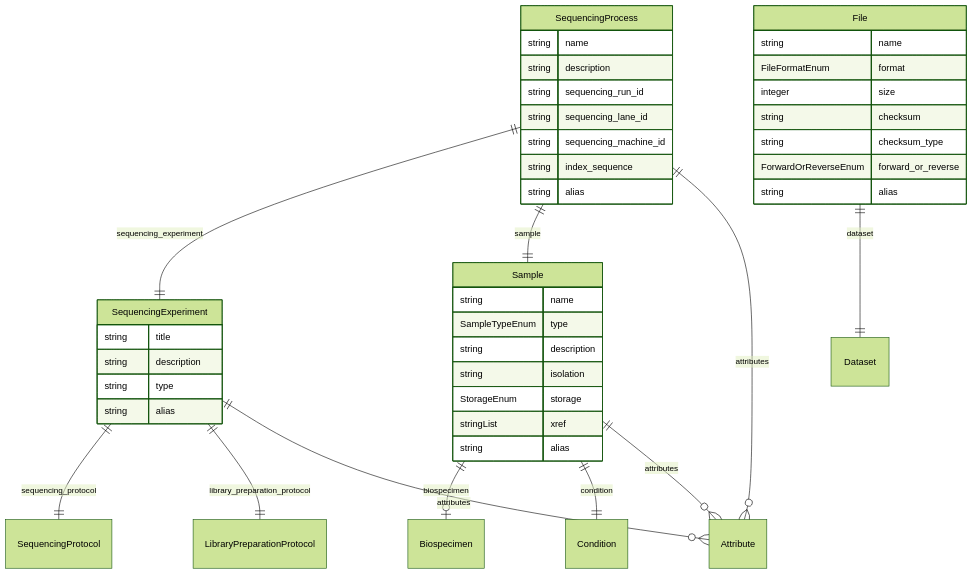
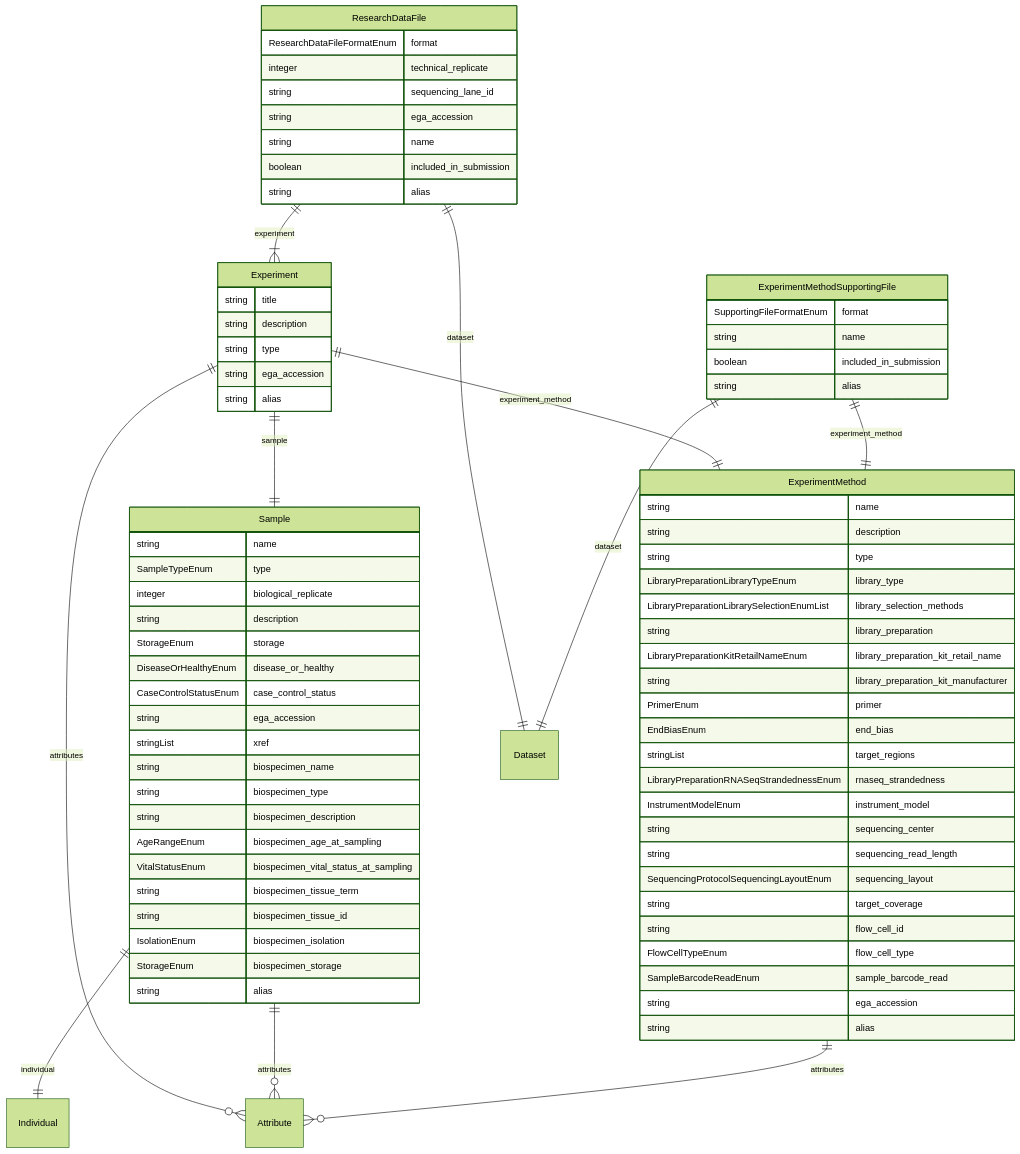
Before and after one commit to ghga-de/ghga-metadata-schema: the fifth of 5 diagrams in docs/entity_relations.md, drawn with Mermaid (forest theme). The commit also changed other lines of this file and 405 other files, not shown here.

````diff
--- a/docs/entity_relations.md
+++ b/docs/entity_relations.md
@@ -268,48 +218,82 @@
 ```mermaid
 erDiagram
-SequencingProcess {
+ExperimentMethodSupportingFile {
+    SupportingFileFormatEnum format  
+    string name  
+    boolean included_in_submission  
+    string alias  
+}
+ExperimentMethod {
     string name  
     string description  
-    string sequencing_run_id  
-    string sequencing_lane_id  
-    string sequencing_machine_id  
-    string index_sequence  
+    string type  
+    LibraryPreparationLibraryTypeEnum library_type  
+    LibraryPreparationLibrarySelectionEnumList library_selection_methods  
+    string library_preparation  
+    LibraryPreparationKitRetailNameEnum library_preparation_kit_retail_name  
+    string library_preparation_kit_manufacturer  
+    PrimerEnum primer  
+    EndBiasEnum end_bias  
+    stringList target_regions  
+    LibraryPreparationRNASeqStrandednessEnum rnaseq_strandedness  
+    InstrumentModelEnum instrument_model  
+    string sequencing_center  
+    string sequencing_read_length  
+    SequencingProtocolSequencingLayoutEnum sequencing_layout  
+    string target_coverage  
+    string flow_cell_id  
+    FlowCellTypeEnum flow_cell_type  
+    SampleBarcodeReadEnum sample_barcode_read  
+    string ega_accession  
     string alias  
 }
-File {
+ResearchDataFile {
+    ResearchDataFileFormatEnum format  
+    integer technical_replicate  
+    string sequencing_lane_id  
+    string ega_accession  
     string name  
-    FileFormatEnum format  
-    integer size  
-    string checksum  
-    string checksum_type  
-    ForwardOrReverseEnum forward_or_reverse  
+    boolean included_in_submission  
     string alias  
 }
 Sample {
     string name  
     SampleTypeEnum type  
+    integer biological_replicate  
     string description  
-    string isolation  
     StorageEnum storage  
+    DiseaseOrHealthyEnum disease_or_healthy  
+    CaseControlStatusEnum case_control_status  
+    string ega_accession  
     stringList xref  
+    string biospecimen_name  
+    string biospecimen_type  
+    string biospecimen_description  
+    AgeRangeEnum biospecimen_age_at_sampling  
+    VitalStatusEnum biospecimen_vital_status_at_sampling  
+    string biospecimen_tissue_term  
+    string biospecimen_tissue_id  
+    IsolationEnum biospecimen_isolation  
+    StorageEnum biospecimen_storage  
     string alias  
 }
-SequencingExperiment {
+Experiment {
     string title  
     string description  
     string type  
+    string ega_accession  
     string alias  
 }
 
-SequencingProcess ||--|| SequencingExperiment : "sequencing_experiment"
-SequencingProcess ||--|| Sample : "sample"
-SequencingProcess ||--}o Attribute : "attributes"
-File ||--|| Dataset : "dataset"
-Sample ||--|o Biospecimen : "biospecimen"
-Sample ||--|| Condition : "condition"
+ExperimentMethodSupportingFile ||--|| ExperimentMethod : "experiment_method"
+ExperimentMethodSupportingFile ||--|| Dataset : "dataset"
+ExperimentMethod ||--}o Attribute : "attributes"
+ResearchDataFile ||--}| Experiment : "experiment"
+ResearchDataFile ||--|| Dataset : "dataset"
+Sample ||--|| Individual : "individual"
 Sample ||--}o Attribute : "attributes"
-SequencingExperiment ||--|| SequencingProtocol : "sequencing_protocol"
-SequencingExperiment ||--|| LibraryPreparationProtocol : "library_preparation_protocol"
-SequencingExperiment ||--}o Attribute : "attributes"
+Experiment ||--|| ExperimentMethod : "experiment_method"
+Experiment ||--|| Sample : "sample"
+Experiment ||--}o Attribute : "attributes"
 
 ```
````
